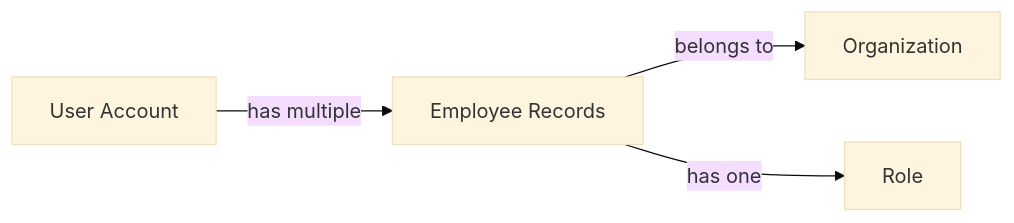
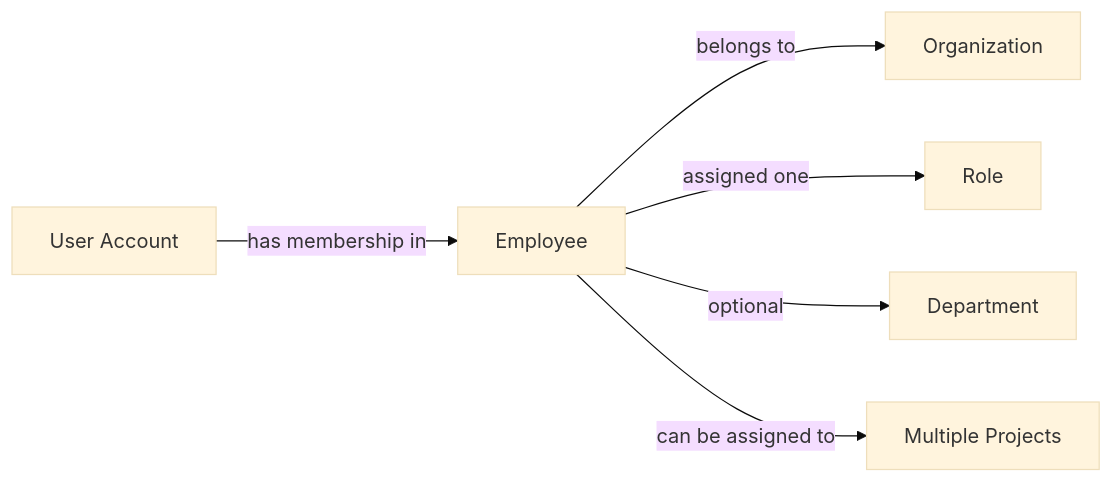
Before and after one commit to wrtnlabs/autobe-examples: the second of 14 diagrams in z-ai/glm-5/erp/docs/analysis/02-domain-model.md, drawn with Mermaid (base theme). The commit also changed other lines of this file and 3761 other files, not shown here.

````diff
--- a/z-ai/glm-5/erp/docs/analysis/02-domain-model.md
+++ b/z-ai/glm-5/erp/docs/analysis/02-domain-model.md
@@ -117,6 +93,8 @@
 ```mermaid
 flowchart LR
-    A["User Account"] -->|"has multiple"| B["Employee Records"]
+    A["User Account"] -->|"has membership in"| B["Employee"]
     B -->|"belongs to"| C["Organization"]
-    B -->|"has one"| D["Role"]
+    B -->|"assigned one"| D["Role"]
+    B -->|"optional"| E["Department"]
+    B -->|"can be assigned to"| F["Multiple Projects"]
 ```
````
